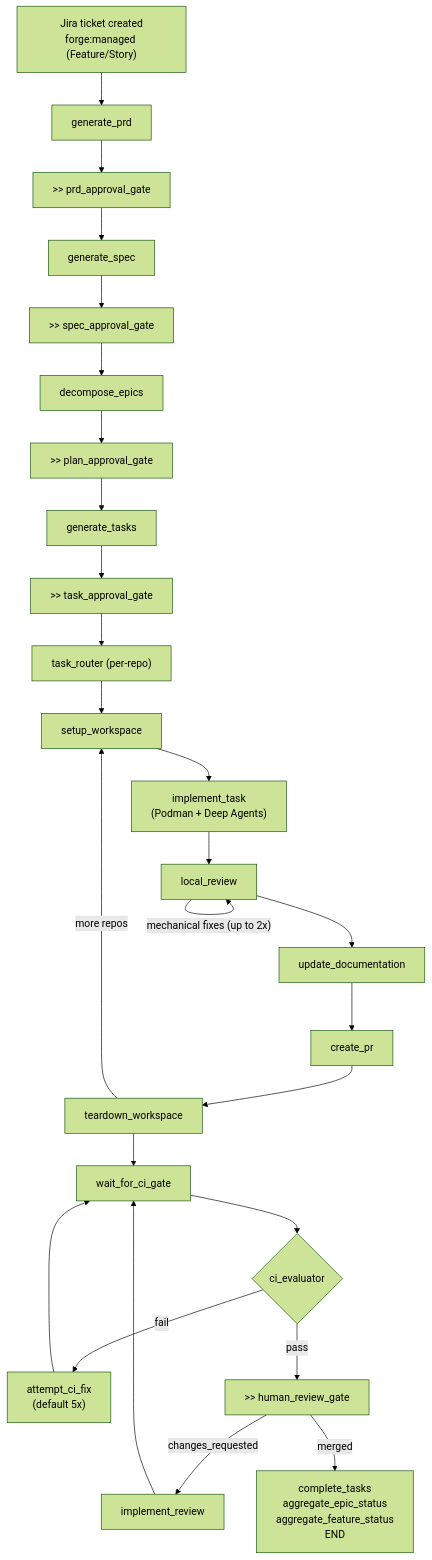
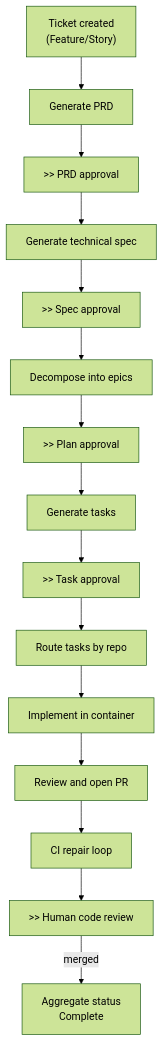
Before and after one commit to ekuris-redhat/forge: the third of 5 diagrams in docs/architecture.md, drawn with Mermaid (forest theme). The commit also changed other lines of this file, not shown here.

First line of the commit message:
Address architecture review: add missing views, fix correctness claims

````diff
--- a/docs/architecture.md
+++ b/docs/architecture.md
@@ -94,30 +432,18 @@
 ```mermaid
 flowchart TD
-    A["Jira ticket created\nforge:managed (Feature/Story)"] --> B[generate_prd]
-    B --> C[">> prd_approval_gate"]
-    C --> D[generate_spec]
-    D --> E[">> spec_approval_gate"]
-    E --> F[decompose_epics]
-    F --> G[">> plan_approval_gate"]
-    G --> H[generate_tasks]
-    H --> I[">> task_approval_gate"]
-    I --> J["task_router (per-repo)"]
+    A["Ticket created\n(Feature/Story)"] --> B["Generate PRD"]
+    B --> C[">> PRD approval"]
+    C --> D["Generate technical spec"]
+    D --> E[">> Spec approval"]
+    E --> F["Decompose into epics"]
+    F --> G[">> Plan approval"]
+    G --> H["Generate tasks"]
+    H --> I[">> Task approval"]
+    I --> J["Route tasks by repo"]
 
-    J --> K[setup_workspace]
-    K --> L["implement_task\n(Podman + Deep Agents)"]
-    L --> M[local_review]
-    M -->|"mechanical fixes (up to 2x)"| M
-    M --> N[update_documentation]
-    N --> O[create_pr]
-    O --> P["teardown_workspace"]
-    P -->|more repos| K
-
-    P --> Q[wait_for_ci_gate]
-    Q --> R{ci_evaluator}
-    R -->|fail| S["attempt_ci_fix\n(default 5x)"]
-    S --> Q
-    R -->|pass| T[">> human_review_gate"]
-    T -->|changes_requested| U[implement_review]
-    U --> Q
-    T -->|merged| V["complete_tasks\naggregate_epic_status\naggregate_feature_status\nEND"]
+    J --> K["Implement in container"]
+    K --> L["Review and open PR"]
+    L --> M["CI repair loop"]
+    M --> N[">> Human code review"]
+    N -->|merged| O["Aggregate status\nComplete"]
 ```
````
